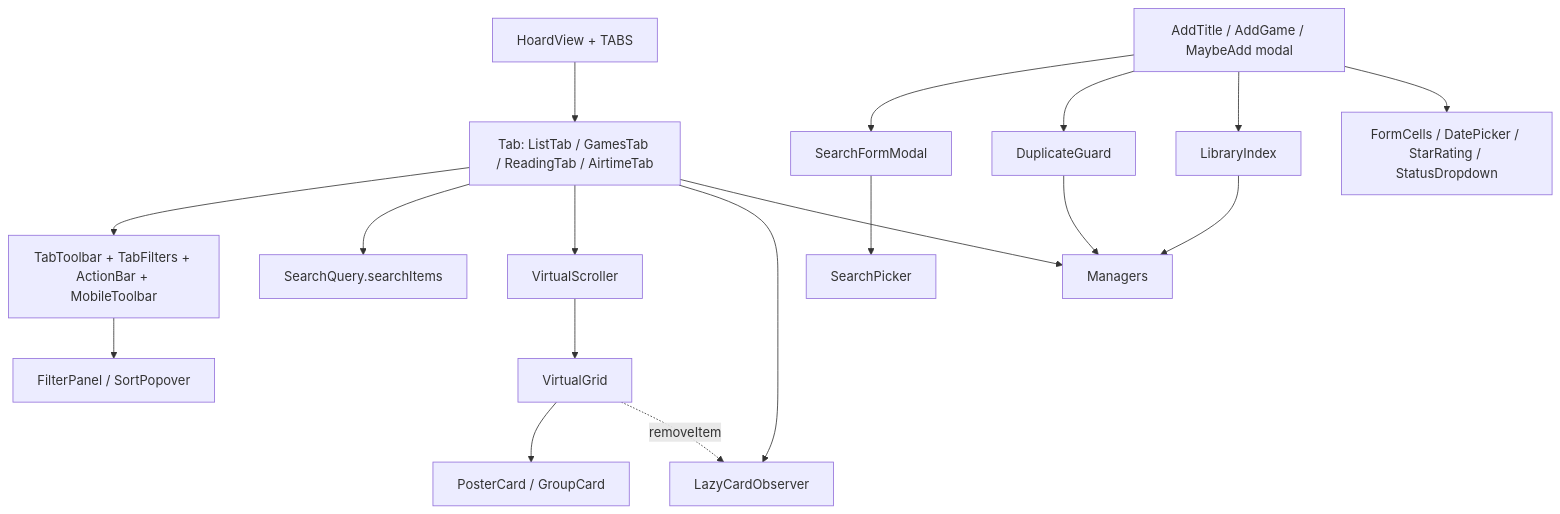
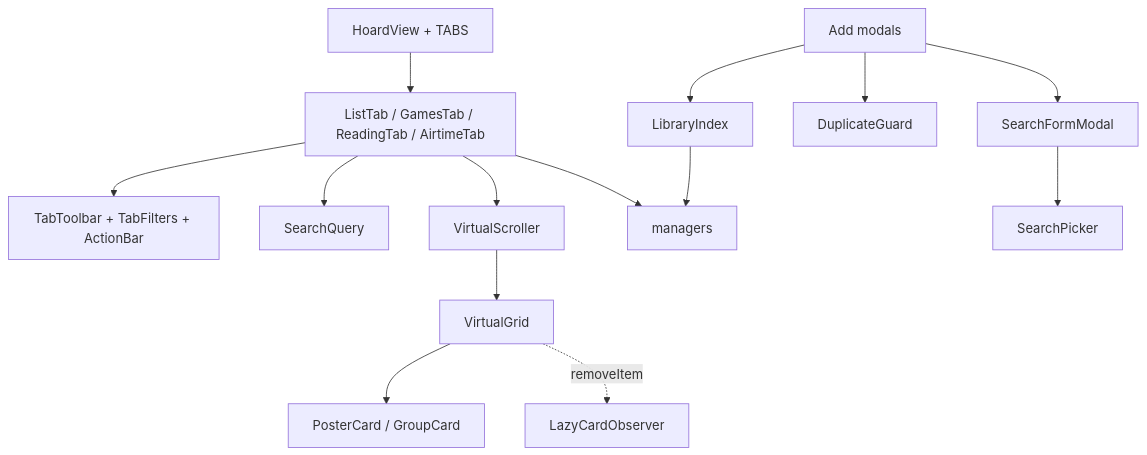
Before and after one commit to Macavity/obsidian-hoard: the diagram in docs/architecture/ui-kit.md, drawn with Mermaid. The commit also changed other lines of this file and 11 other files, not shown here.

````diff
--- a/docs/architecture/ui-kit.md
+++ b/docs/architecture/ui-kit.md
@@ -33,14 +30,12 @@
 ```mermaid
 flowchart TD
-  HV[HoardView + TABS] --> Tab[Tab: ListTab / GamesTab / ReadingTab / AirtimeTab]
-  Tab --> TB[TabToolbar + TabFilters + ActionBar + MobileToolbar]
-  TB --> FP[FilterPanel / SortPopover]
-  Tab --> SQ[SearchQuery.searchItems]
+  HV[HoardView + TABS] --> Tab[ListTab / GamesTab / ReadingTab / AirtimeTab]
+  Tab --> TB[TabToolbar + TabFilters + ActionBar]
+  Tab --> SQ[SearchQuery]
   Tab --> VS[VirtualScroller] --> VG[VirtualGrid] --> PC[PosterCard / GroupCard]
-  Tab --> LC[LazyCardObserver]
-  VG -. removeItem .-> LC
-  Tab --> M[Managers]
-  Add[AddTitle / AddGame / MaybeAdd modal] --> SFM[SearchFormModal] --> SP[SearchPicker]
-  Add --> DG[DuplicateGuard] & LI[LibraryIndex] --> M
-  Add --> FC[FormCells / DatePicker / StarRating / StatusDropdown]
+  VG -. removeItem .-> LC[LazyCardObserver]
+  Tab --> M[managers]
+  Add[Add modals] --> SFM[SearchFormModal] --> SP[SearchPicker]
+  Add --> DG[DuplicateGuard]
+  Add --> LI[LibraryIndex] --> M
 ```
````
